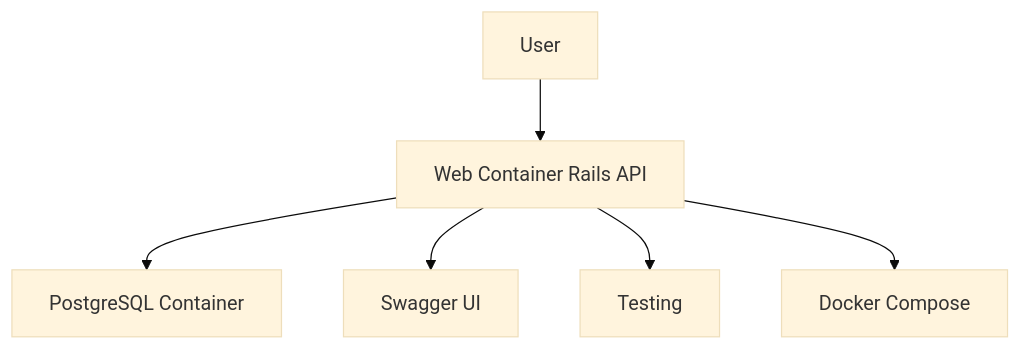
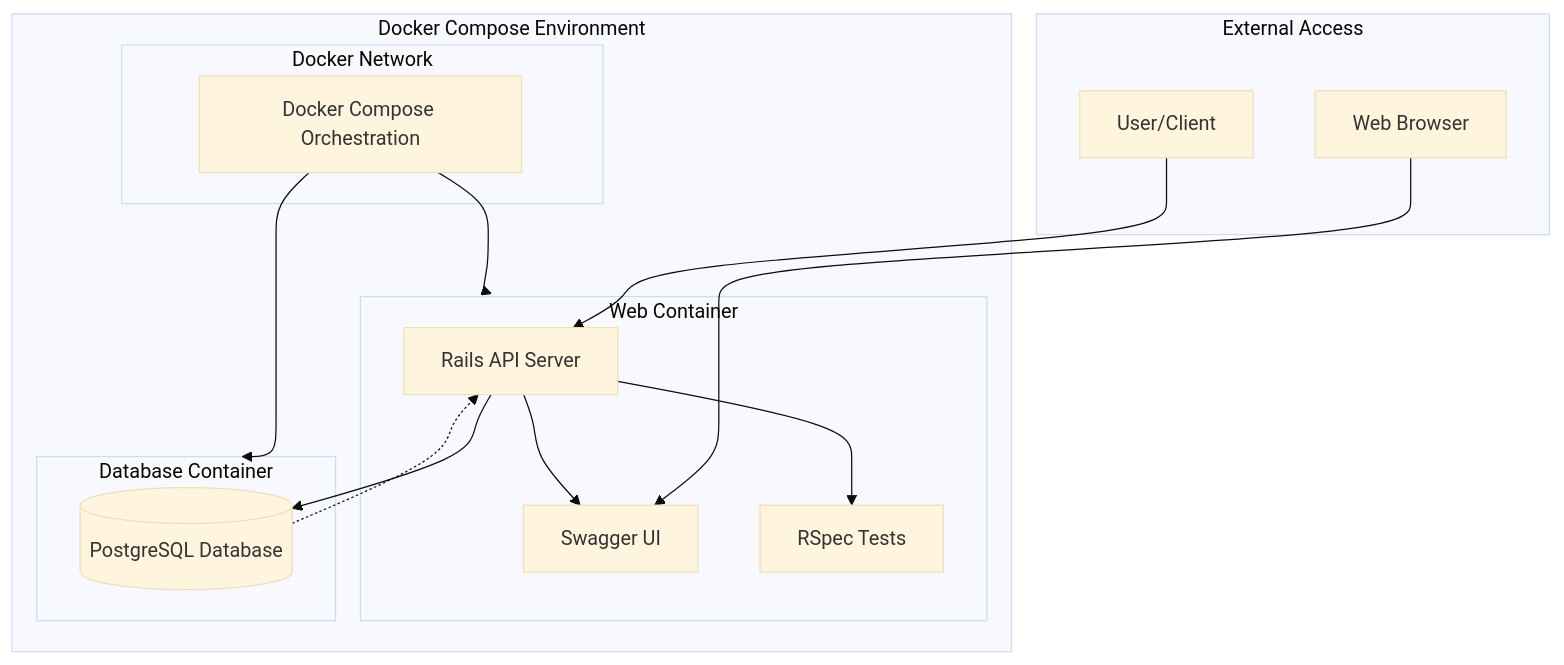
One commit to enogrob/rails_frames_and_circles_api changed the fifth of 6 diagrams in README.md. Above: the diagram before and after it, drawn with Mermaid (base theme). The commit also changed other lines of this file and 1 other file, not shown here.

Commit message:
update-readme

````diff
--- a/README.md
+++ b/README.md
@@ -175,15 +175,32 @@
 ```mermaid
 graph TD
-User[User]
-Web[Web Container Rails API]
-DB[PostgreSQL Container]
-Swagger[Swagger UI]
-RSpec[Testing]
-DockerCompose[Docker Compose]
+    subgraph External[External Access]
+        User[User/Client]
+        Browser[Web Browser]
+    end
+    
+    subgraph Docker_Environment[Docker Compose Environment]
+        subgraph Web_Container[Web Container]
+            Rails[Rails API Server]
+            Swagger[Swagger UI]
+            RSpec[RSpec Tests]
+        end
+        
+        subgraph Database_Container[Database Container]
+            PostgreSQL[(PostgreSQL Database)]
+        end
+        
+        subgraph Network[Docker Network]
+            DockerCompose[Docker Compose Orchestration]
+        end
+    end
 
-User --> Web
-Web --> DB
-Web --> Swagger
-Web --> RSpec
-Web --> DockerCompose
+    User --> Rails
+    Browser --> Swagger
+    Rails --> PostgreSQL
+    Rails --> Swagger
+    Rails --> RSpec
+    DockerCompose --> Web_Container
+    DockerCompose --> Database_Container
+    PostgreSQL -.-> Rails
 ```
````
